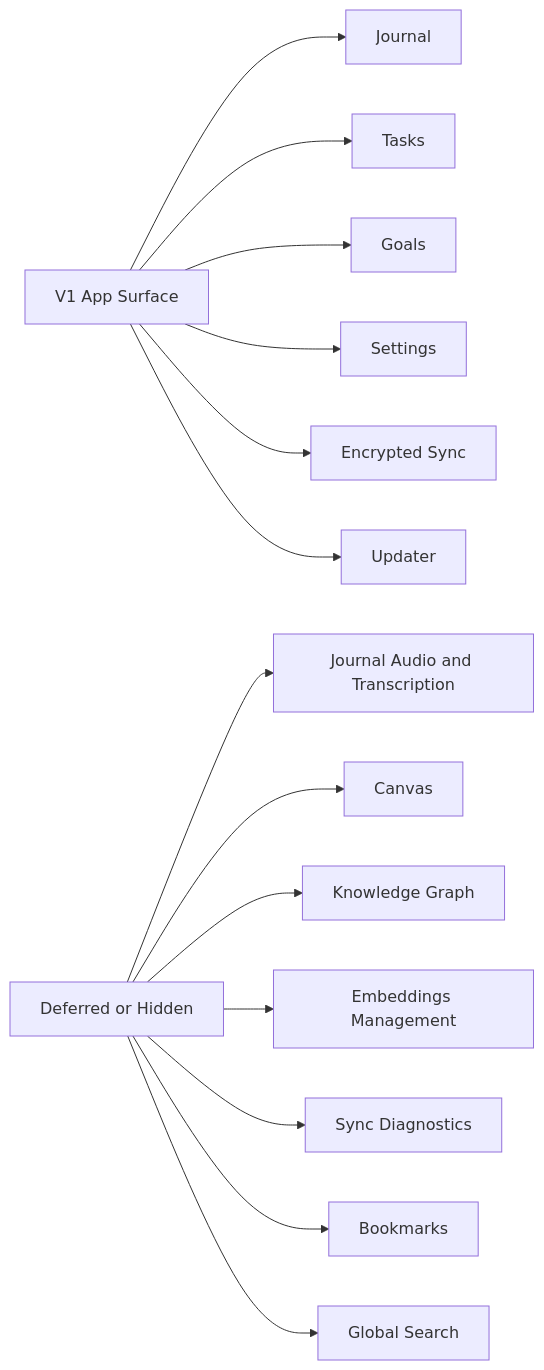
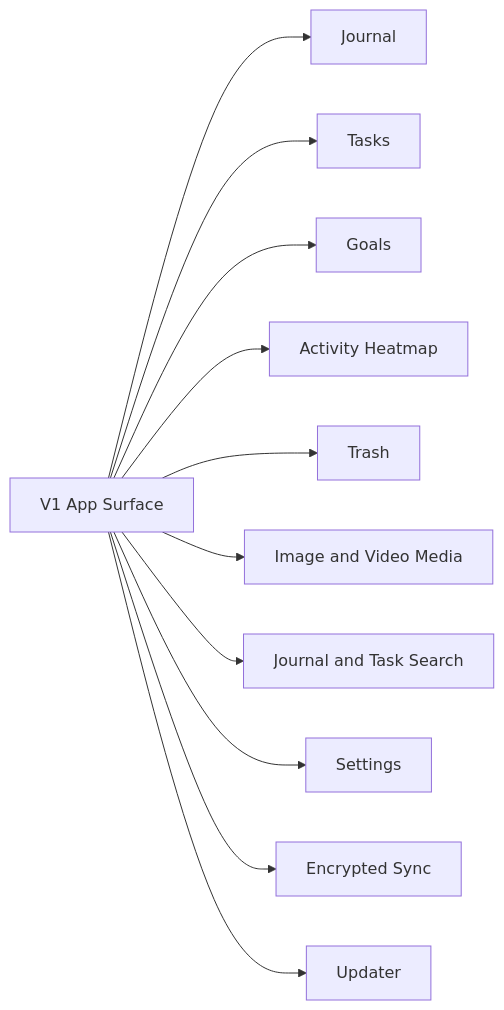
The seventh of 7 diagrams in docs/reference/flows.md (sunday-studio/aether), drawn with Mermaid before and after one commit. The commit also changed other lines of this file and 116 other files, not shown here.

````diff
--- a/docs/reference/flows.md
+++ b/docs/reference/flows.md
@@ -132,16 +123,13 @@
 ```mermaid
 flowchart LR
   V1[V1 App Surface] --> Journal[Journal]
   V1 --> Tasks[Tasks]
   V1 --> Goals[Goals]
+  V1 --> Activity[Activity Heatmap]
+  V1 --> Trash[Trash]
+  V1 --> Media[Image and Video Media]
+  V1 --> Search[Journal and Task Search]
   V1 --> Settings[Settings]
   V1 --> Sync[Encrypted Sync]
   V1 --> Updater[Updater]
-  Deferred --> Audio[Journal Audio and Transcription]
-  Deferred[Deferred or Hidden] --> Canvas[Canvas]
-  Deferred --> Graph[Knowledge Graph]
-  Deferred --> Embeddings[Embeddings Management]
-  Deferred --> SyncDiagnostics[Sync Diagnostics]
-  Deferred --> Bookmarks[Bookmarks]
-  Deferred --> GlobalSearch[Global Search]
 ```
````
